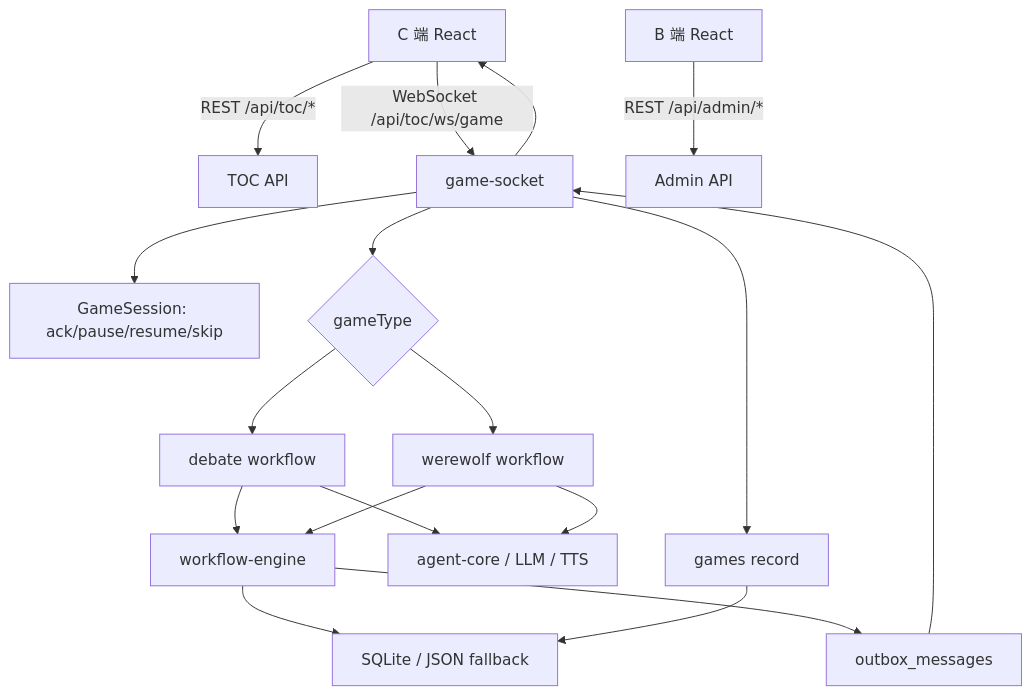
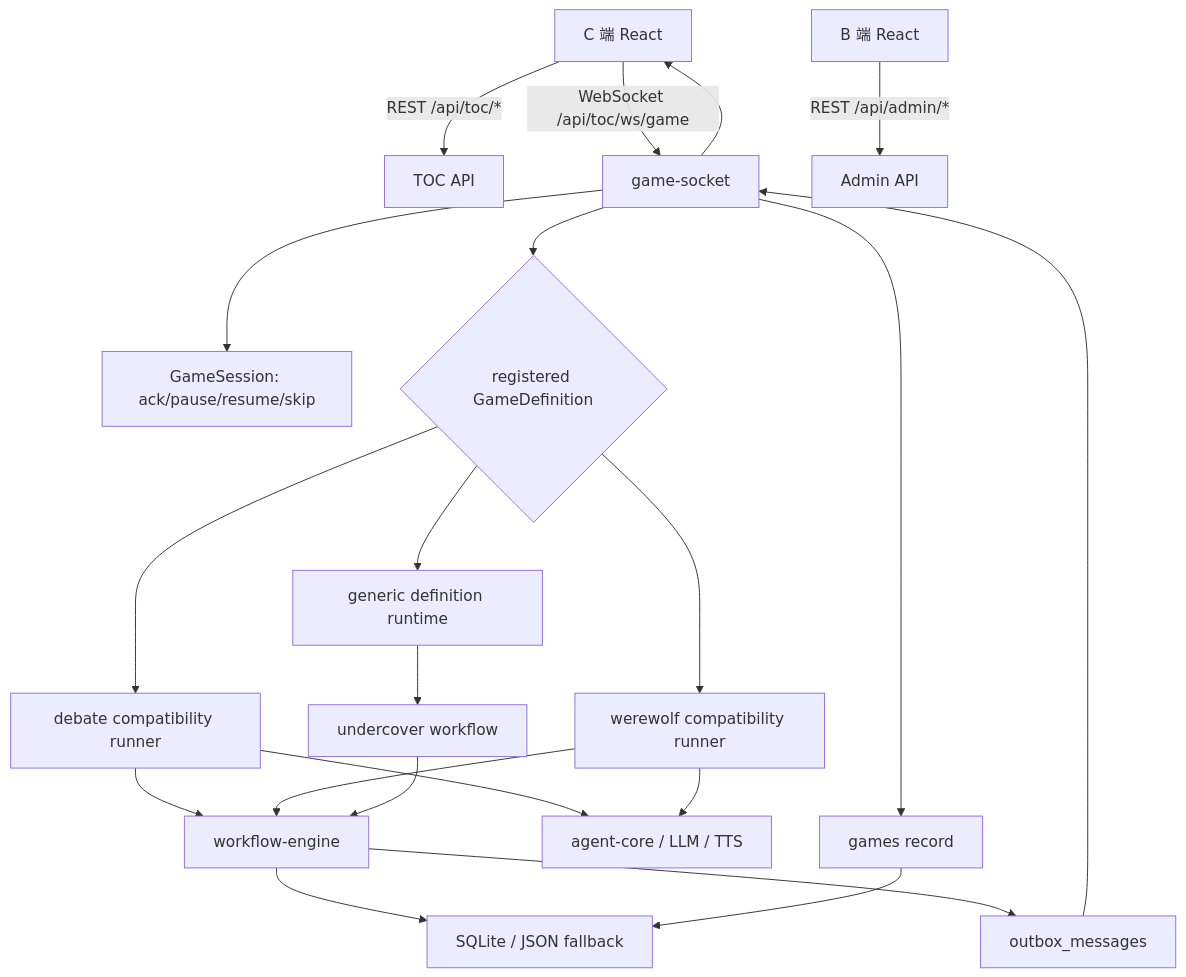
The diagram in docs/project-summary.md (iifor/ai-board-games), drawn with Mermaid before and after one commit. The commit also changed other lines of this file and 3 other files, not shown here.

Commit message:
docs: document undercover engine integration

````diff
--- a/docs/project-summary.md
+++ b/docs/project-summary.md
@@ -74,20 +74,23 @@
 ```mermaid
 flowchart TD
   Client["C 端 React"] -->|REST /api/toc/*| TocApi["TOC API"]
   Client -->|WebSocket /api/toc/ws/game| Socket["game-socket"]
   Admin["B 端 React"] -->|REST /api/admin/*| AdminApi["Admin API"]
   Socket --> Session["GameSession: ack/pause/resume/skip"]
-  Socket --> Runner{"gameType"}
-  Runner --> Debate["debate workflow"]
-  Runner --> Werewolf["werewolf workflow"]
+  Socket --> Resolver{"registered GameDefinition"}
+  Resolver --> Debate["debate compatibility runner"]
+  Resolver --> Werewolf["werewolf compatibility runner"]
+  Resolver --> Runtime["generic definition runtime"]
+  Runtime --> Undercover["undercover workflow"]
   Debate --> Engine["workflow-engine"]
   Werewolf --> Engine
+  Undercover --> Engine
   Engine --> Db["SQLite / JSON fallback"]
   Engine --> Outbox["outbox_messages"]
   Outbox --> Socket
   Socket --> Client
   Debate --> Agent["agent-core / LLM / TTS"]
   Werewolf --> Agent
   Socket --> Games["games record"]
   Games --> Db
 ```
````
